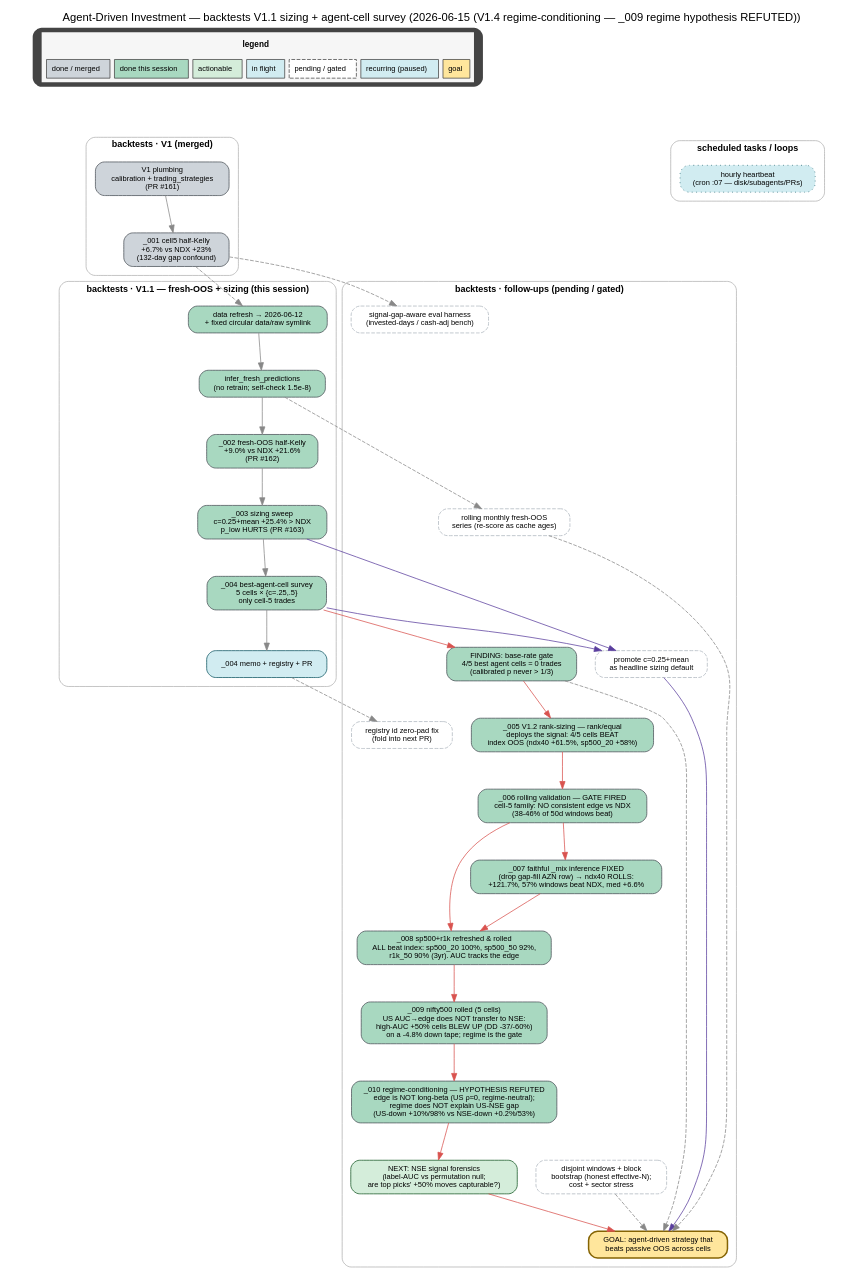
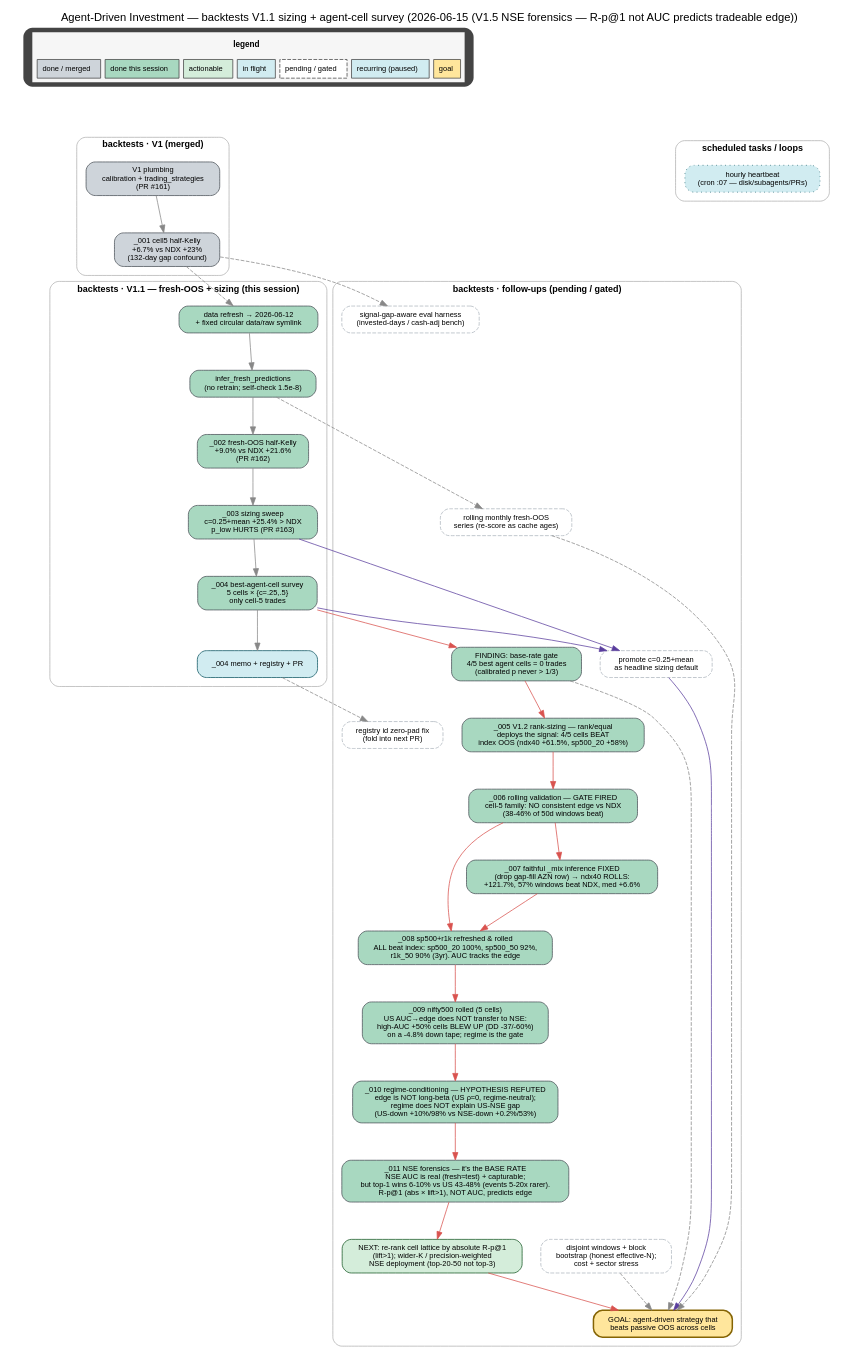
The diagram in docs/backtests/figs/deps_graph.dot (shayanrc/agent-driven-investment), drawn with Graphviz before and after one commit. The commit also changed 8 other files, not shown here.

First line of the commit message:
backtests: NSE signal forensics — it's the base rate, not the AUC (_011)

```diff
--- a/docs/backtests/figs/deps_graph.dot
+++ b/docs/backtests/figs/deps_graph.dot
@@ -1,104 +1,106 @@
 digraph deps {
   rankdir=TB;
   newrank=true;
   graph [fontname="Helvetica", bgcolor="white", splines=true, nodesep=0.35, ranksep=0.7,
          labelloc="t", fontsize=15,
-         label="Agent-Driven Investment — backtests V1.1 sizing + agent-cell survey (2026-06-15 (V1.4 regime-conditioning — _009 regime hypothesis REFUTED))"];
+         label="Agent-Driven Investment — backtests V1.1 sizing + agent-cell survey (2026-06-15 (V1.5 NSE forensics — R-p@1 not AUC predicts tradeable edge))"];
   node [shape=box, style="rounded,filled", fontname="Helvetica", fontsize=10, margin="0.16,0.09", color="#444444"];
   edge [fontname="Helvetica", fontsize=8, color="#888888"];
 
   /* ---------- legend ---------- */
   legend [shape=plaintext, label=<
     <TABLE BORDER="0" CELLBORDER="1" CELLSPACING="6" CELLPADDING="6" BGCOLOR="#f6f6f6">
       <TR><TD COLSPAN="7" BORDER="0"><FONT FACE="Helvetica" POINT-SIZE="11"><B>legend</B></FONT></TD></TR>
       <TR>
         <TD BGCOLOR="#ced4da"><FONT FACE="Helvetica" POINT-SIZE="10">done / merged</FONT></TD>
         <TD BGCOLOR="#a8d8c0"><FONT FACE="Helvetica" POINT-SIZE="10">done this session</FONT></TD>
         <TD BGCOLOR="#d4edda"><FONT FACE="Helvetica" POINT-SIZE="10">actionable</FONT></TD>
         <TD BGCOLOR="#d1ecf1"><FONT FACE="Helvetica" POINT-SIZE="10">in flight</FONT></TD>
         <TD BGCOLOR="#ffffff" STYLE="dashed"><FONT FACE="Helvetica" POINT-SIZE="10">pending / gated</FONT></TD>
         <TD BGCOLOR="#d1ecf1"><FONT FACE="Helvetica" POINT-SIZE="10">recurring (paused)</FONT></TD>
         <TD BGCOLOR="#ffe69c"><FONT FACE="Helvetica" POINT-SIZE="10">goal</FONT></TD>
       </TR>
     </TABLE>
   >];
   spacer_L [shape=point, width=0.01, style=invis];
   spacer_C [shape=point, width=0.01, style=invis];
   spacer_R [shape=point, width=0.01, style=invis];
   {rank=min;  legend;}
   {rank=same; spacer_L; spacer_C; spacer_R;}
   legend -> spacer_L [style=invis, weight=1];
   legend -> spacer_C [style=invis, weight=100];
   legend -> spacer_R [style=invis, weight=1];
 
   /* ---------- cluster: V1 (merged) ---------- */
   subgraph cluster_v1 { label="backtests · V1 (merged)"; labelloc="t"; fontsize=12; fontname="Helvetica-Bold"; style="rounded"; color="#b0b0b0"; margin=12;
     PLUMBING [label="V1 plumbing\ncalibration + trading_strategies\n(PR #161)", fillcolor="#ced4da", color="#495057"];
     M001 [label="_001 cell5 half-Kelly\n+6.7% vs NDX +23%\n(132-day gap confound)", fillcolor="#ced4da", color="#495057"];
   }
 
   /* ---------- cluster: V1.1 this session ---------- */
   subgraph cluster_session { label="backtests · V1.1 — fresh-OOS + sizing (this session)"; labelloc="t"; fontsize=12; fontname="Helvetica-Bold"; style="rounded"; color="#b0b0b0"; margin=12;
     REFRESH [label="data refresh → 2026-06-12\n+ fixed circular data/raw symlink", fillcolor="#a8d8c0", color="#495057"];
     INFER [label="infer_fresh_predictions\n(no retrain; self-check 1.5e-8)", fillcolor="#a8d8c0", color="#495057"];
     M002 [label="_002 fresh-OOS half-Kelly\n+9.0% vs NDX +21.6%\n(PR #162)", fillcolor="#a8d8c0", color="#495057"];
     M003 [label="_003 sizing sweep\nc=0.25+mean +25.4% > NDX\np_low HURTS (PR #163)", fillcolor="#a8d8c0", color="#495057"];
     M004 [label="_004 best-agent-cell survey\n5 cells × {c=.25,.5}\nonly cell-5 trades", fillcolor="#a8d8c0", color="#495057"];
     M004DOC [label="_004 memo + registry + PR", fillcolor="#d1ecf1", color="#0c5460"];
   }
 
   /* ---------- cluster: follow-ups (pending) ---------- */
   subgraph cluster_follow { label="backtests · follow-ups (pending / gated)"; labelloc="t"; fontsize=12; fontname="Helvetica-Bold"; style="rounded"; color="#b0b0b0"; margin=12;
     PROMOTE [label="promote c=0.25+mean\nas headline sizing default", fillcolor="#ffffff", color="#adb5bd", style="rounded,filled,dashed"];
     BREAKEVEN [label="FINDING: base-rate gate\n4/5 best agent cells = 0 trades\n(calibrated p never > 1/3)", fillcolor="#a8d8c0", color="#495057"];
     RANKSIZE [label="_005 V1.2 rank-sizing — rank/equal\ndeploys the signal: 4/5 cells BEAT\nindex OOS (ndx40 +61.5%, sp500_20 +58%)", fillcolor="#a8d8c0", color="#495057"];
     ROLLVAL [label="_006 rolling validation — GATE FIRED\ncell-5 family: NO consistent edge vs NDX\n(38-46% of 50d windows beat)", fillcolor="#a8d8c0", color="#495057"];
     FAITHFUL [label="_007 faithful _mix inference FIXED\n(drop gap-fill AZN row) → ndx40 ROLLS:\n+121.7%, 57% windows beat NDX, med +6.6%", fillcolor="#a8d8c0", color="#495057"];
     UNIREFRESH [label="_008 sp500+r1k refreshed & rolled\nALL beat index: sp500_20 100%, sp500_50 92%,\nr1k_50 90% (3yr). AUC tracks the edge", fillcolor="#a8d8c0", color="#495057"];
     NIFTY [label="_009 nifty500 rolled (5 cells)\nUS AUC→edge does NOT transfer to NSE:\nhigh-AUC +50% cells BLEW UP (DD -37/-60%)\non a -4.8% down tape; regime is the gate", fillcolor="#a8d8c0", color="#495057"];
     REGIME [label="_010 regime-conditioning — HYPOTHESIS REFUTED\nedge is NOT long-beta (US ρ≈0, regime-neutral);\nregime does NOT explain US-NSE gap\n(US-down +10%/98% vs NSE-down +0.2%/53%)", fillcolor="#a8d8c0", color="#495057"];
-    FORENSICS [label="NEXT: NSE signal forensics\n(label-AUC vs permutation null;\nare top picks' +50% moves capturable?)", fillcolor="#d4edda", color="#155724"];
+    FORENSICS [label="_011 NSE forensics — it's the BASE RATE\nNSE AUC is real (fresh≈test) + capturable;\nbut top-1 wins 6-10% vs US 43-48% (events 5-20x rarer).\nR-p@1 (abs × lift>1), NOT AUC, predicts edge", fillcolor="#a8d8c0", color="#495057"];
+    RERANK [label="NEXT: re-rank cell lattice by absolute R-p@1\n(lift>1); wider-K / precision-weighted\nNSE deployment (top-20-50 not top-3)", fillcolor="#d4edda", color="#155724"];
     BOOTSTRAP [label="disjoint windows + block\nbootstrap (honest effective-N);\ncost + sector stress", fillcolor="#ffffff", color="#adb5bd", style="rounded,filled,dashed"];
     ROLLING [label="rolling monthly fresh-OOS\nseries (re-score as cache ages)", fillcolor="#ffffff", color="#adb5bd", style="rounded,filled,dashed"];
     GAPEVAL [label="signal-gap-aware eval harness\n(invested-days / cash-adj bench)", fillcolor="#ffffff", color="#adb5bd", style="rounded,filled,dashed"];
     IDFIX [label="registry id zero-pad fix\n(fold into next PR)", fillcolor="#ffffff", color="#adb5bd", style="rounded,filled,dashed"];
     GOAL [label="GOAL: agent-driven strategy that\nbeats passive OOS across cells", fillcolor="#ffe69c", color="#856404", penwidth=2];
   }
 
   /* ---------- cluster: scheduled ---------- */
   subgraph cluster_sched { label="scheduled tasks / loops"; labelloc="t"; fontsize=12; fontname="Helvetica-Bold"; style="rounded"; color="#b0b0b0"; margin=12;
     WAKE [label="hourly heartbeat\n(cron :07 — disk/subagents/PRs)", fillcolor="#d1ecf1", color="#0c5460", style="rounded,filled,dotted"];
   }
 
   /* anchors: every cluster top node pulled from a spacer */
   spacer_L -> PLUMBING [style=invis, weight=100];
   spacer_C -> REFRESH  [style=invis, weight=100];
   spacer_R -> PROMOTE  [style=invis, weight=100];
   spacer_R -> WAKE     [style=invis, weight=20];
 
   /* ---------- dependency edges ---------- */
   PLUMBING -> M001;
   M001 -> REFRESH [style=dashed];
   REFRESH -> INFER -> M002 -> M003;
   M003 -> M004;
   M004 -> M004DOC;
   M003 -> PROMOTE [color="#5a3e9e"];
   M004 -> PROMOTE [color="#5a3e9e"];
   M004 -> BREAKEVEN [color="#d9534f"];
   BREAKEVEN -> RANKSIZE [color="#d9534f"];
   RANKSIZE -> ROLLVAL [color="#d9534f"];
   ROLLVAL -> FAITHFUL [color="#d9534f"];
   ROLLVAL -> UNIREFRESH [color="#d9534f"];
   FAITHFUL -> UNIREFRESH [color="#d9534f"];
   UNIREFRESH -> NIFTY [color="#d9534f"];
   NIFTY -> REGIME [color="#d9534f"];
   REGIME -> FORENSICS [color="#d9534f"];
-  FORENSICS -> GOAL [color="#d9534f"];
+  FORENSICS -> RERANK [color="#d9534f"];
+  RERANK -> GOAL [color="#d9534f"];
   BOOTSTRAP -> GOAL [style=dashed];
   INFER -> ROLLING [style=dashed];
   M001 -> GAPEVAL [style=dashed];
   M004DOC -> IDFIX [style=dashed];
   PROMOTE -> GOAL [color="#5a3e9e"];
   ROLLING -> GOAL [style=dashed];
   BREAKEVEN -> GOAL [style=dashed];
 }
```
